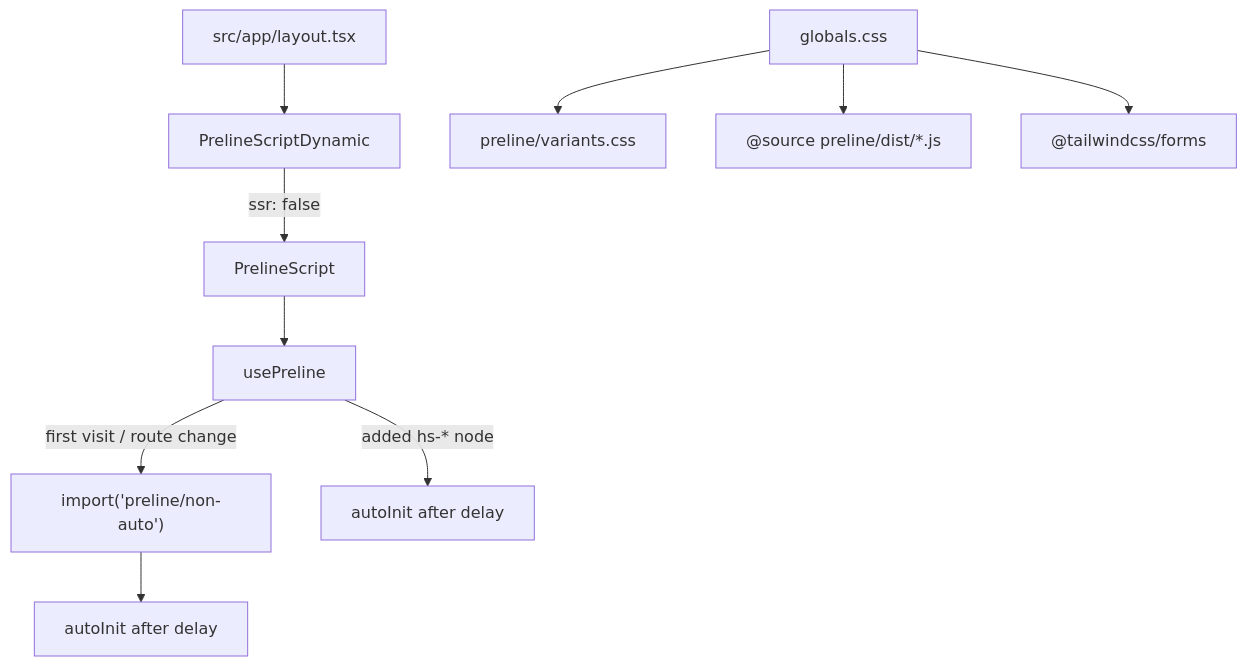
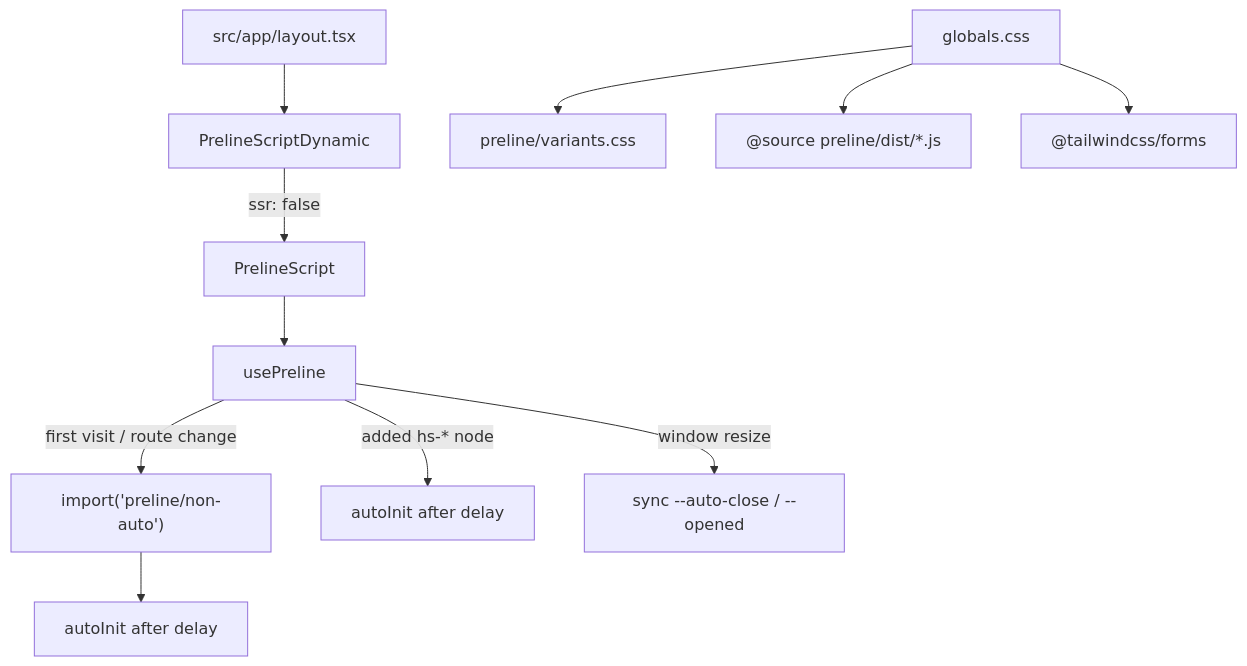
Before and after one commit to brandon-cercedo/root-next-template: the diagram in docs/preline-ui.md, drawn with Mermaid. The commit also changed other lines of this file and 2 other files, not shown here.

First line of the commit message:
fix(RNT-61): restore sidebar resize handling (#66)

````diff
--- a/docs/preline-ui.md
+++ b/docs/preline-ui.md
@@ -36,12 +37,13 @@
 ```mermaid
 flowchart TD
   Layout["src/app/layout.tsx"] --> Script["PrelineScriptDynamic"]
   Script -->|ssr: false| PrelineScript["PrelineScript"]
   PrelineScript --> Hook["usePreline"]
   Hook -->|first visit / route change| Import["import('preline/non-auto')"]
   Import --> PathInit["autoInit after delay"]
   Hook -->|added hs-* node| Observer["autoInit after delay"]
+  Hook -->|window resize| Resize["sync --auto-close / --opened"]
   CSS["globals.css"] --> Variants["preline/variants.css"]
   CSS --> Source["@source preline/dist/*.js"]
   CSS --> Forms["@tailwindcss/forms"]
 ```
````
